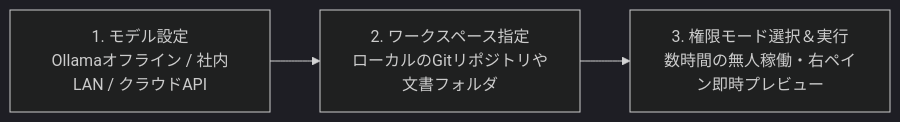
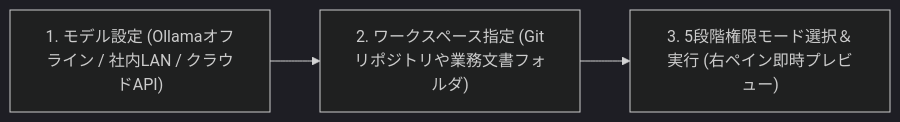
One commit to HelmAgent/Helm_website changed the diagram in docs/ja/guide/getting-started.md. Above: the diagram before and after it, drawn with Mermaid (dark theme). The commit also changed other lines of this file and 57 other files, not shown here.

Commit message:
docs(architecture): add detailed documentation for the 5-Tier Permission Sandbox, Zero-RTT Intent Engine, and Open Ecosystem; include core modules, empirical evidence, and interactive permission modes for enhanced clarity and functionality

````diff
--- a/docs/ja/guide/getting-started.md
+++ b/docs/ja/guide/getting-started.md
@@ -25,5 +25,5 @@
 ```mermaid
 flowchart LR
-  S1["1. モデル設定<br/>Ollamaオフライン / 社内LAN / クラウドAPI"] --> S2["2. ワークスペース指定<br/>ローカルのGitリポジトリや文書フォルダ"]
-  S2 --> S3["3. 権限モード選択＆実行<br/>数時間の無人稼働・右ペイン即時プレビュー"]
+  S1["1. モデル設定 (Ollamaオフライン / 社内LAN / クラウドAPI)"] --> S2["2. ワークスペース指定 (Gitリポジトリや業務文書フォルダ)"]
+  S2 --> S3["3. 5段階権限モード選択＆実行 (右ペイン即時プレビュー)"]
 ```
````
